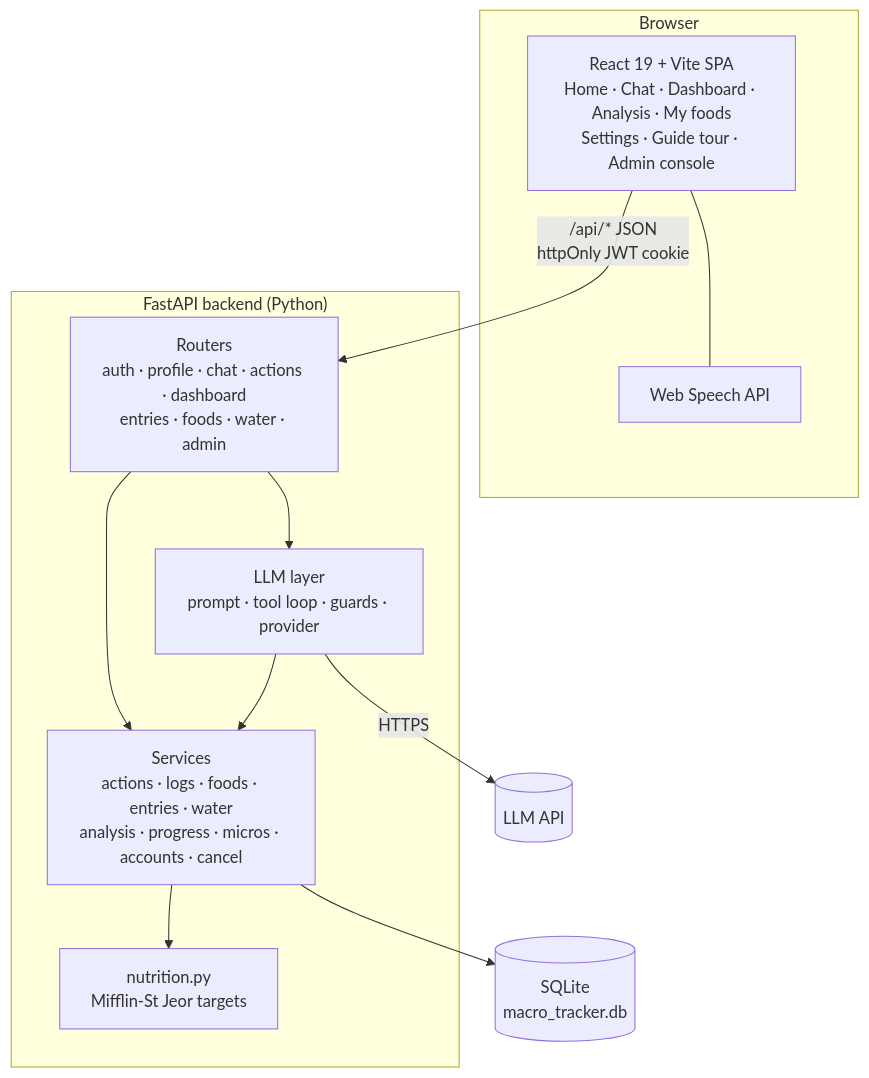
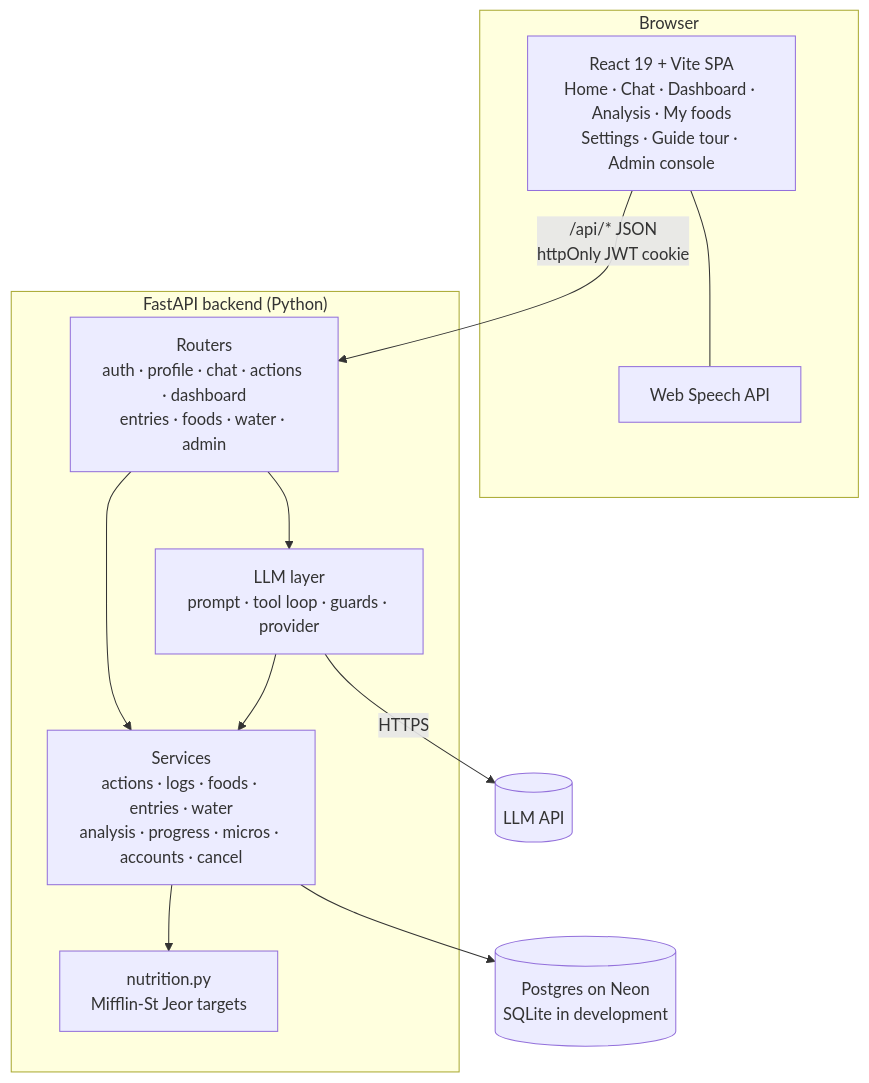
One commit to NeoAnushka21/tracker_poc changed the second of 8 diagrams in docs/hld.md. Above: the diagram before and after it, drawn with Mermaid. The commit also changed other lines of this file and 16 other files, not shown here.

First line of the commit message:
Deployment setup: Postgres (Neon) support, backend serves the built app, Render Blueprint

````diff
--- a/docs/hld.md
+++ b/docs/hld.md
@@ -36,26 +36,26 @@
 ```mermaid
 flowchart TB
     subgraph Browser
         SPA[React 19 + Vite SPA<br/>Home · Chat · Dashboard · Analysis · My foods<br/>Settings · Guide tour · Admin console]
         STT[Web Speech API]
         SPA --- STT
     end
 
     subgraph Server["FastAPI backend (Python)"]
         R[Routers<br/>auth · profile · chat · actions · dashboard<br/>entries · foods · water · admin]
         L[LLM layer<br/>prompt · tool loop · guards · provider]
         S[Services<br/>actions · logs · foods · entries · water<br/>analysis · progress · micros · accounts · cancel]
         N[nutrition.py<br/>Mifflin-St Jeor targets]
         R --> L
         R --> S
         L --> S
         S --> N
     end
 
-    DB[(SQLite<br/>macro_tracker.db)]
+    DB[(Postgres on Neon<br/>SQLite in development)]
     LLM[(LLM API)]
 
     SPA -->|/api/* JSON<br/>httpOnly JWT cookie| R
     S --> DB
     L -->|HTTPS| LLM
 ```
````
